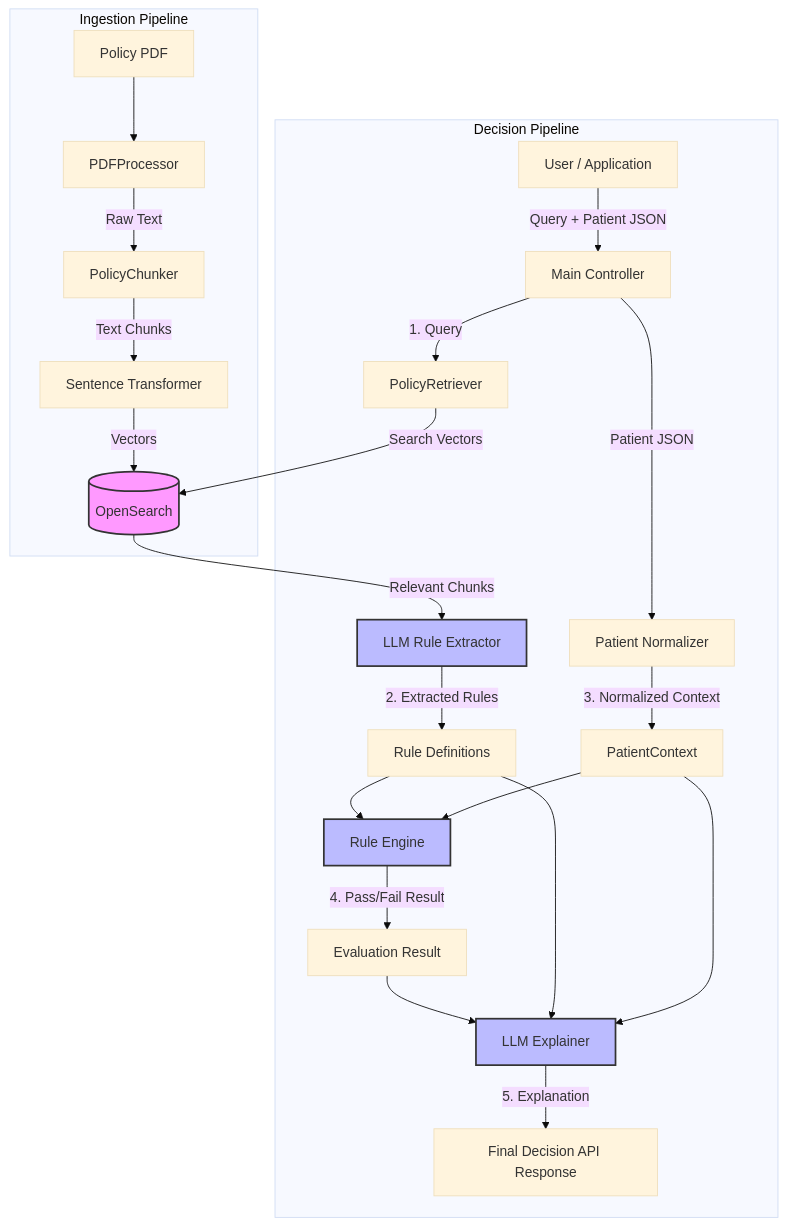
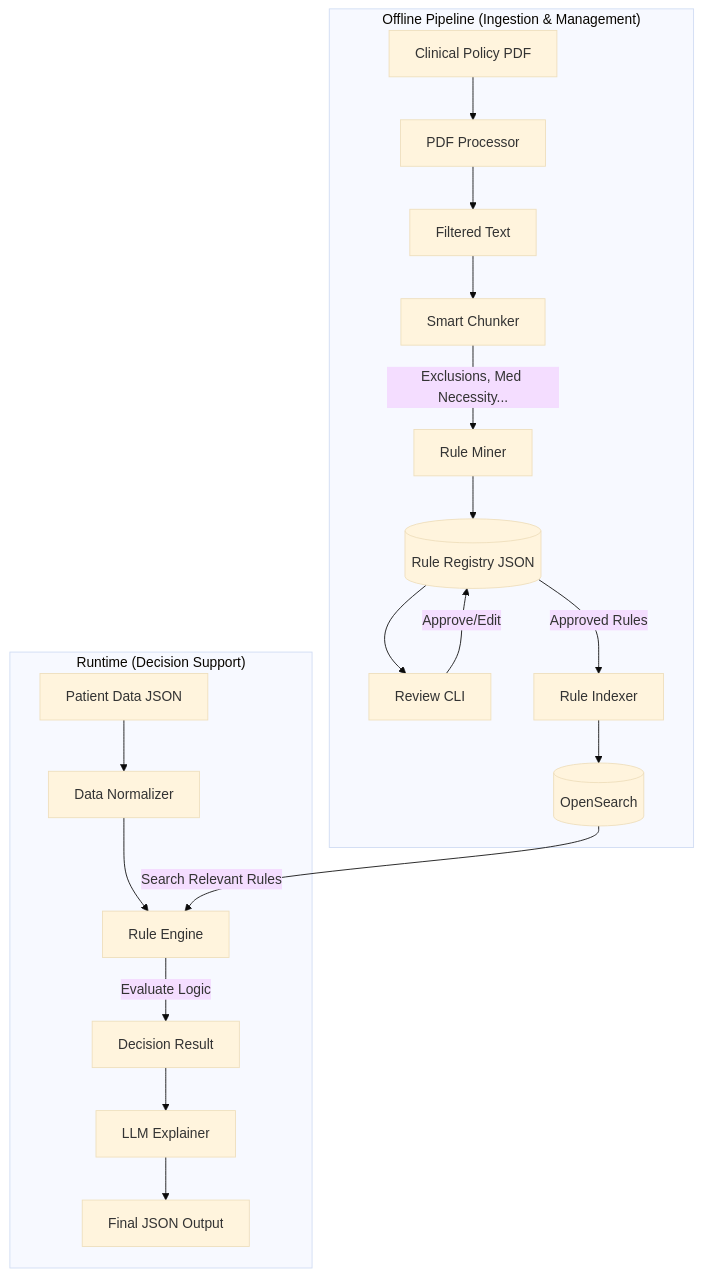
Before and after one commit to kalaivanigunasekaran81/PolicyMatcher_PA: the diagram in system_design.md, drawn with Mermaid (base theme). The commit also changed other lines of this file and 14 other files, not shown here.

Commit message:
Update the scope and architecture change

````diff
--- a/system_design.md
+++ b/system_design.md
@@ -13,39 +7,26 @@
 ```mermaid
 graph TD
-    subgraph "Ingestion Pipeline"
-        PDF[Policy PDF] --> Processor[PDFProcessor]
-        Processor -->|Raw Text| Chunker[PolicyChunker]
-        Chunker -->|Text Chunks| Embed[Sentence Transformer]
-        Embed -->|Vectors| VectorDB[(OpenSearch)]
+    subgraph "Offline Pipeline (Ingestion & Management)"
+        PDF[Clinical Policy PDF] --> Processor[PDF Processor]
+        Processor --> Text[Filtered Text]
+        Text --> Chunker[Smart Chunker]
+        Chunker -->|Exclusions, Med Necessity...| Mining[Rule Miner]
+        Mining --> RegistryDB[(Rule Registry JSON)]
+        
+        RegistryDB --> ReviewCLI[Review CLI]
+        ReviewCLI -->|Approve/Edit| RegistryDB
+        
+        RegistryDB -->|Approved Rules| Indexer[Rule Indexer]
+        Indexer --> VectorDB[(OpenSearch)]
     end
 
-    subgraph "Decision Pipeline"
-        User[User / Application] -->|Query + Patient JSON| Main[Main Controller]
+    subgraph "Runtime (Decision Support)"
+        Patient[Patient Data JSON] --> Normalizer[Data Normalizer]
+        Normalizer --> Engine[Rule Engine]
         
-        %% Retrieval Phase
-        Main -->|1. Query| Retriever[PolicyRetriever]
-        Retriever -->|Search Vectors| VectorDB
-        VectorDB -->|Relevant Chunks| LLM_Extract[LLM Rule Extractor]
-        LLM_Extract -->|2. Extracted Rules| Rules[Rule Definitions]
-
-        %% Data Normalization
-        Main -->|Patient JSON| Normalizer[Patient Normalizer]
-        Normalizer -->|3. Normalized Context| PatientObj[PatientContext]
-
-        %% Evaluation Phase
-        Rules --> Engine[Rule Engine]
-        PatientObj --> Engine
-        Engine -->|4. Pass/Fail Result| Result[Evaluation Result]
-        
-        %% Explanation Phase
-        Result --> LLM_Explain[LLM Explainer]
-        Rules --> LLM_Explain
-        PatientObj --> LLM_Explain
-        LLM_Explain -->|5. Explanation| FinalResponse[Final Decision API Response]
+        VectorDB -->|Search Relevant Rules| Engine
+        Engine -->|Evaluate Logic| Decision[Decision Result]
+        Decision --> Explainer[LLM Explainer]
+        Explainer --> FinalResponse[Final JSON Output]
     end
-
-    classDef storage fill:#f9f,stroke:#333,stroke-width:2px;
-    classDef logic fill:#bbf,stroke:#333,stroke-width:2px;
-    class VectorDB storage;
-    class Engine,LLM_Extract,LLM_Explain logic;
 ```
````
